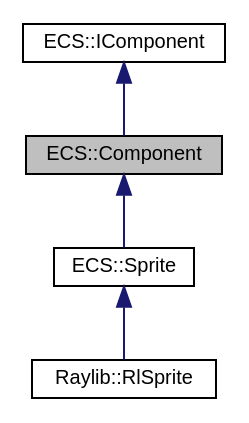
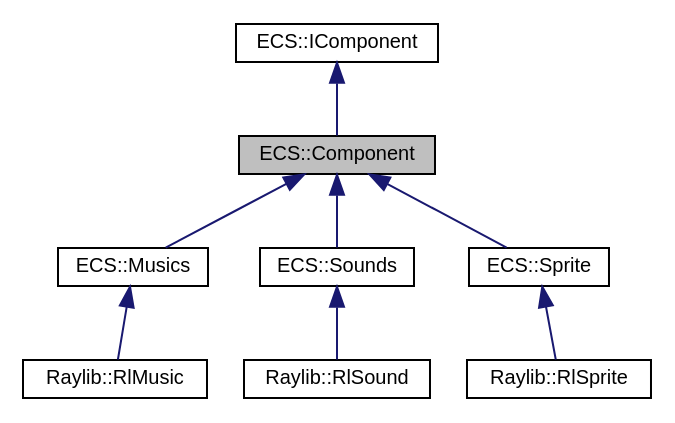
The diagram in classECS_1_1Component__inherit__graph.dot (TerryMazzoni/RTypeMirror), drawn with Graphviz before and after one commit. The commit also changed 100 other files, not shown here.

```diff
--- a/classECS_1_1Component__inherit__graph.dot
+++ b/classECS_1_1Component__inherit__graph.dot
@@ -1,13 +1,21 @@
 digraph "ECS::Component"
 {
  // LATEX_PDF_SIZE
   edge [fontname="Helvetica",fontsize="10",labelfontname="Helvetica",labelfontsize="10"];
   node [fontname="Helvetica",fontsize="10",shape=record];
   Node1 [label="ECS::Component",height=0.2,width=0.4,color="black", fillcolor="grey75", style="filled", fontcolor="black",tooltip=" "];
   Node2 -> Node1 [dir="back",color="midnightblue",fontsize="10",style="solid",fontname="Helvetica"];
   Node2 [label="ECS::IComponent",height=0.2,width=0.4,color="black", fillcolor="white", style="filled",URL="$classECS_1_1IComponent.html",tooltip=" "];
   Node1 -> Node3 [dir="back",color="midnightblue",fontsize="10",style="solid",fontname="Helvetica"];
-  Node3 [label="ECS::Sprite",height=0.2,width=0.4,color="black", fillcolor="white", style="filled",URL="$classECS_1_1Sprite.html",tooltip=" "];
+  Node3 [label="ECS::Musics",height=0.2,width=0.4,color="black", fillcolor="white", style="filled",URL="$classECS_1_1Musics.html",tooltip=" "];
   Node3 -> Node4 [dir="back",color="midnightblue",fontsize="10",style="solid",fontname="Helvetica"];
-  Node4 [label="Raylib::RlSprite",height=0.2,width=0.4,color="black", fillcolor="white", style="filled",URL="$classRaylib_1_1RlSprite.html",tooltip=" "];
+  Node4 [label="Raylib::RlMusic",height=0.2,width=0.4,color="black", fillcolor="white", style="filled",URL="$classRaylib_1_1RlMusic.html",tooltip=" "];
+  Node1 -> Node5 [dir="back",color="midnightblue",fontsize="10",style="solid",fontname="Helvetica"];
+  Node5 [label="ECS::Sounds",height=0.2,width=0.4,color="black", fillcolor="white", style="filled",URL="$classECS_1_1Sounds.html",tooltip=" "];
+  Node5 -> Node6 [dir="back",color="midnightblue",fontsize="10",style="solid",fontname="Helvetica"];
+  Node6 [label="Raylib::RlSound",height=0.2,width=0.4,color="black", fillcolor="white", style="filled",URL="$classRaylib_1_1RlSound.html",tooltip=" "];
+  Node1 -> Node7 [dir="back",color="midnightblue",fontsize="10",style="solid",fontname="Helvetica"];
+  Node7 [label="ECS::Sprite",height=0.2,width=0.4,color="black", fillcolor="white", style="filled",URL="$classECS_1_1Sprite.html",tooltip=" "];
+  Node7 -> Node8 [dir="back",color="midnightblue",fontsize="10",style="solid",fontname="Helvetica"];
+  Node8 [label="Raylib::RlSprite",height=0.2,width=0.4,color="black", fillcolor="white", style="filled",URL="$classRaylib_1_1RlSprite.html",tooltip=" "];
 }
```
